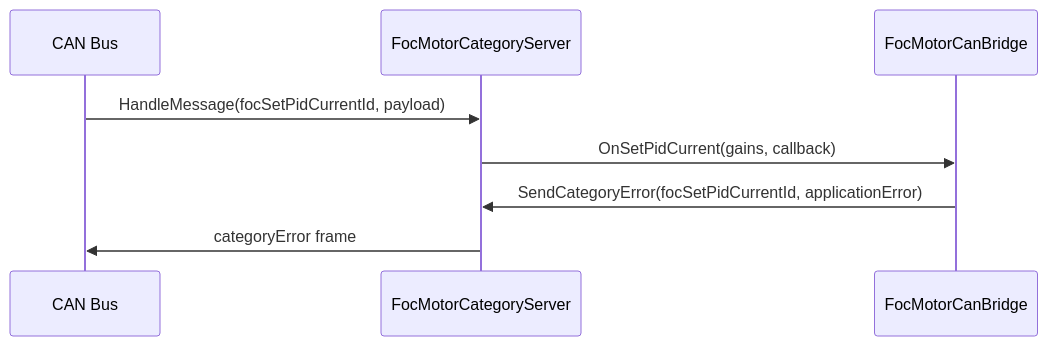
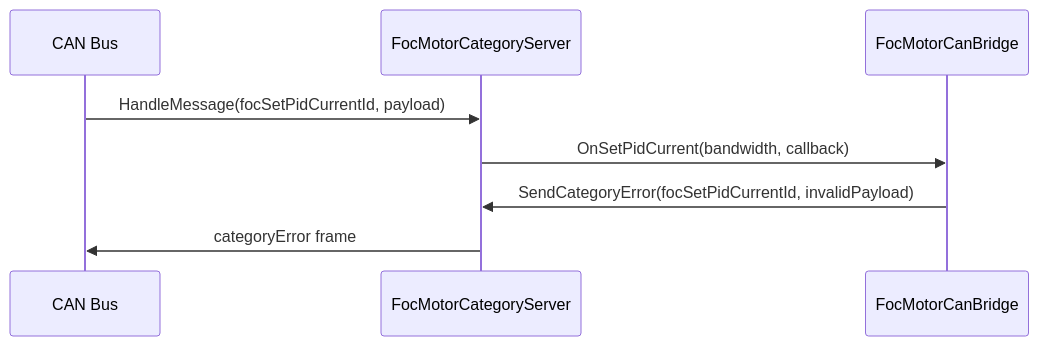
One commit to embedded-pro/e-foc changed the third of 4 diagrams in documentation/design/service-can.md. Above: the diagram before and after it, drawn with Mermaid. The commit also changed 16 other files, not shown here.

````diff
--- a/documentation/design/service-can.md
+++ b/documentation/design/service-can.md
@@ -219,11 +219,11 @@
 ```mermaid
 sequenceDiagram
     participant CAN as CAN Bus
     participant SRV as FocMotorCategoryServer
     participant BRG as FocMotorCanBridge
 
     CAN->>SRV: HandleMessage(focSetPidCurrentId, payload)
-    SRV->>BRG: OnSetPidCurrent(gains, callback)
-    BRG->>SRV: SendCategoryError(focSetPidCurrentId, applicationError)
+    SRV->>BRG: OnSetPidCurrent(bandwidth, callback)
+    BRG->>SRV: SendCategoryError(focSetPidCurrentId, invalidPayload)
     SRV->>CAN: categoryError frame
 ```
````
